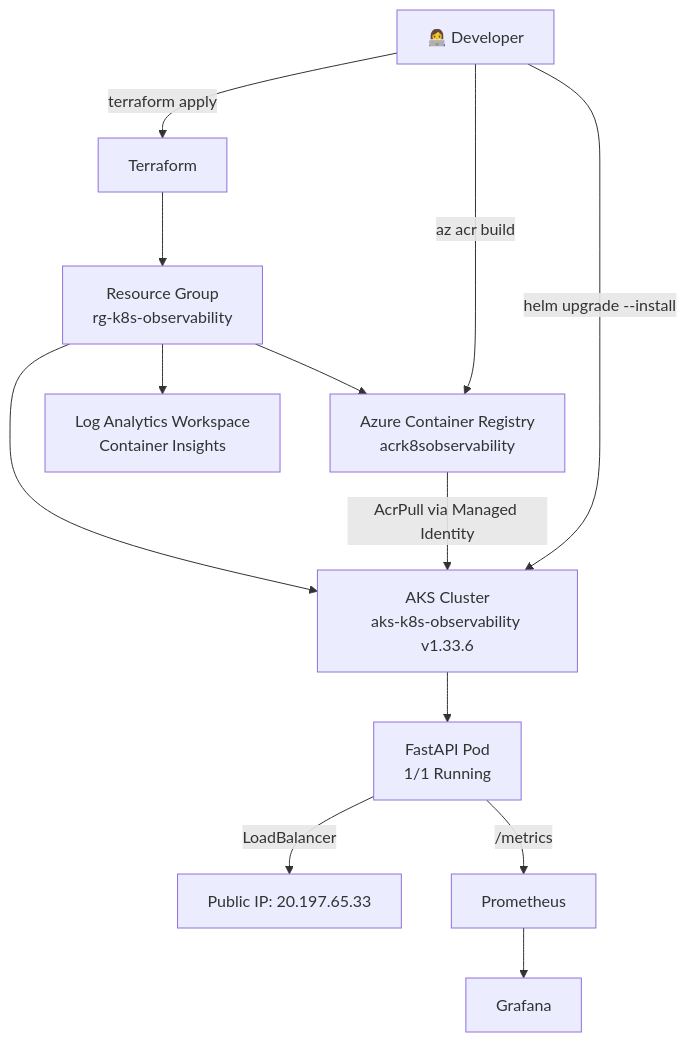
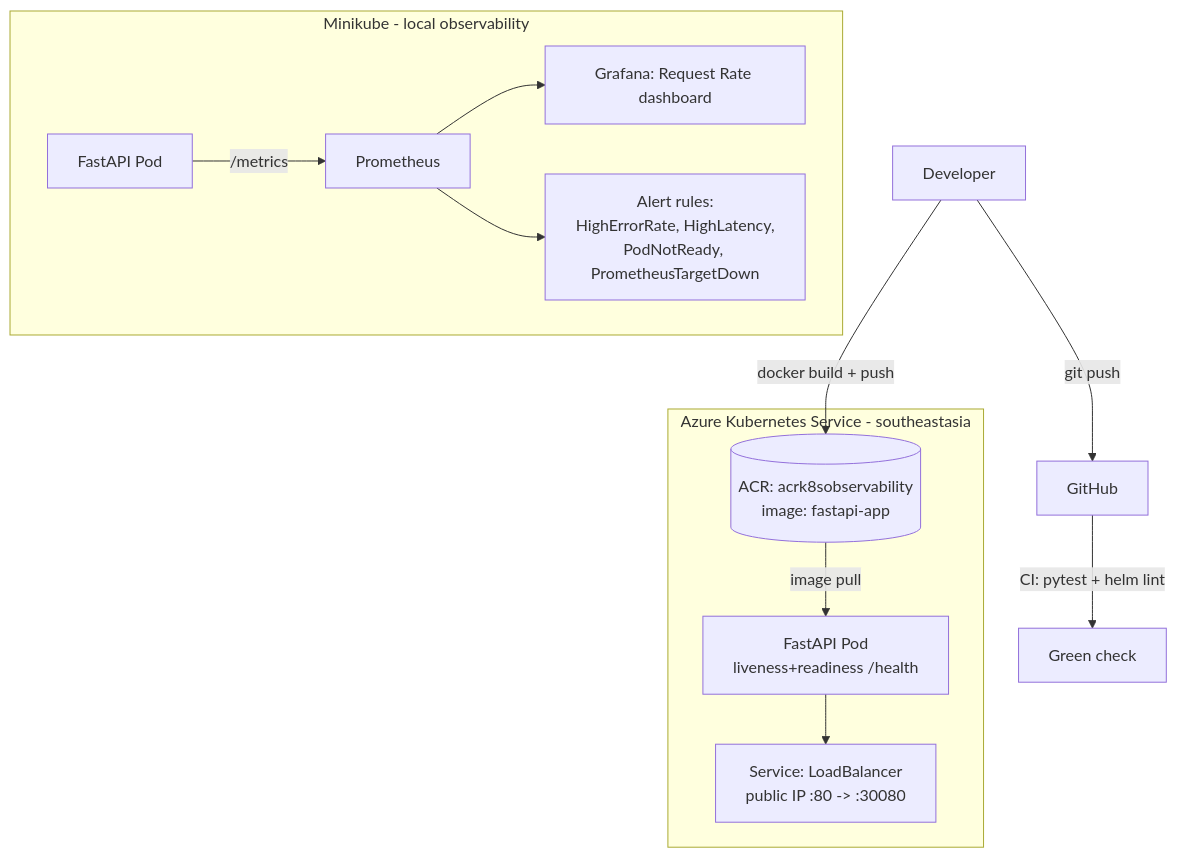
Before and after one commit to KTZMJackie/k8s-observability-platform: the diagram in README.md, drawn with Mermaid. The commit also changed other lines of this file, not shown here.

````diff
--- a/README.md
+++ b/README.md
@@ -77,17 +17,18 @@
 ```mermaid
 graph TD
-    Dev[👩‍💻 Developer] -->|terraform apply| TF[Terraform]
-    TF --> RG[Resource Group\nrg-k8s-observability]
-    RG --> AKS[AKS Cluster\naks-k8s-observability v1.33.6]
-    RG --> ACR[Azure Container Registry\nacrk8sobservability]
-    RG --> LAW[Log Analytics Workspace\nContainer Insights]
+    Dev[Developer] -->|git push| GH[GitHub]
+    GH -->|CI: pytest + helm lint| GREEN[Green check]
 
-    Dev -->|az acr build| ACR
-    ACR -->|AcrPull via Managed Identity| AKS
+    Dev -->|docker build + push| ACR[(ACR: acrk8sobservability\nimage: fastapi-app)]
 
-    Dev -->|helm upgrade --install| AKS
-    AKS --> POD[FastAPI Pod\n1/1 Running]
-    POD -->|LoadBalancer| LB[Public IP: 20.197.65.33]
-    POD -->|/metrics| PROM[Prometheus]
-    PROM --> GRAF[Grafana]
+    subgraph AKS[Azure Kubernetes Service - southeastasia]
+        ACR -->|image pull| POD[FastAPI Pod\nliveness+readiness /health]
+        POD --> LB[Service: LoadBalancer\npublic IP :80 -> :30080]
+    end
+
+    subgraph LOCAL[Minikube - local observability]
+        POD2[FastAPI Pod] -->|/metrics| PROM[Prometheus]
+        PROM --> GRAF[Grafana: Request Rate dashboard]
+        PROM --> ALERTS[Alert rules:\nHighErrorRate, HighLatency,\nPodNotReady, PrometheusTargetDown]
+    end
 ```
````
